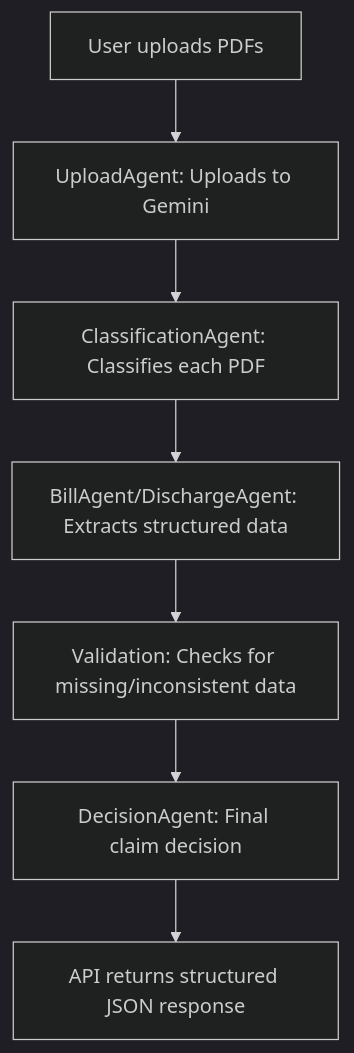
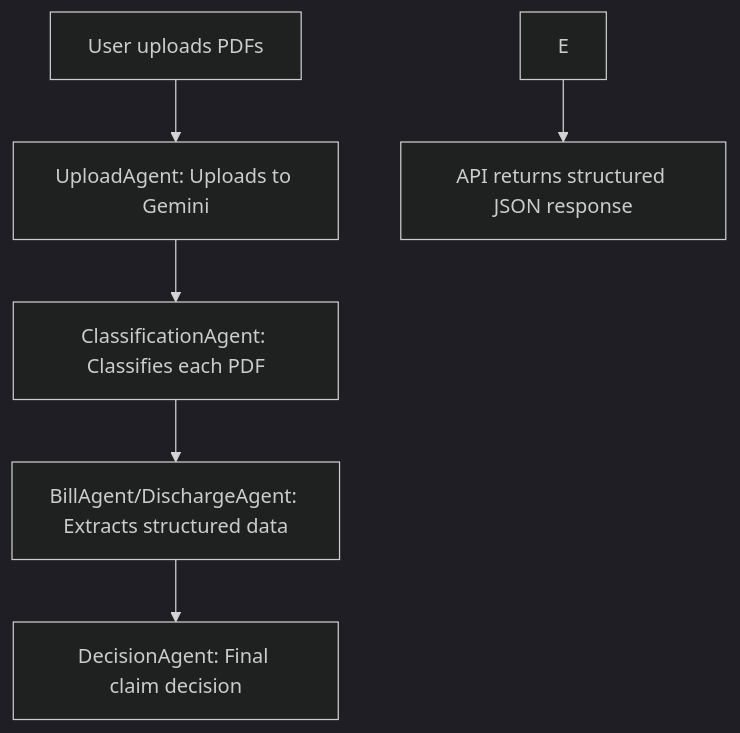
One commit to sahil-sahu/Claim-Document-Processor changed the diagram in README.md. Above: the diagram before and after it, drawn with Mermaid (dark theme). The commit also changed other lines of this file, not shown here.

````diff
--- a/README.md
+++ b/README.md
@@ -15,9 +15,8 @@
 ```mermaid
 graph TD;
     A[User uploads PDFs] --> B[UploadAgent: Uploads to Gemini]
     B --> C[ClassificationAgent: Classifies each PDF]
     C --> D[BillAgent/DischargeAgent: Extracts structured data]
-    D --> E[Validation: Checks for missing/inconsistent data]
-    E --> F[DecisionAgent: Final claim decision]
-    F --> G[API returns structured JSON response]
+    D --> F[DecisionAgent: Final claim decision]
+    E --> G[API returns structured JSON response]
 ```
````
